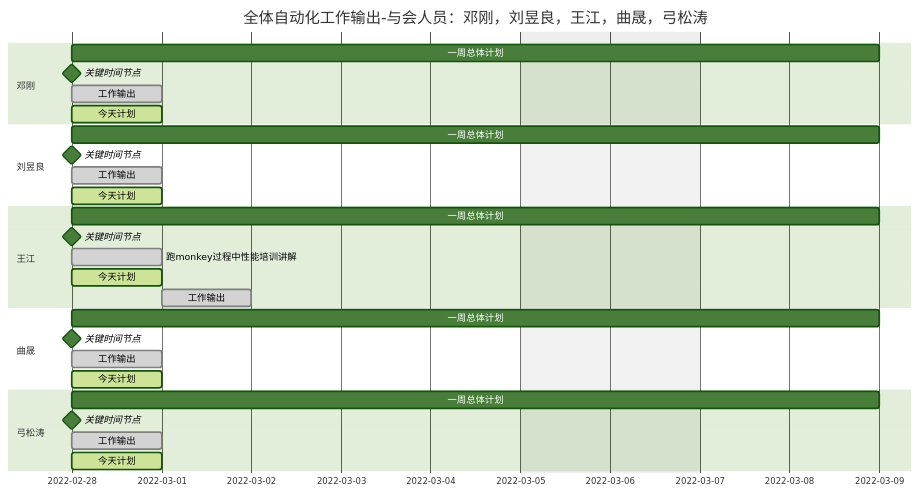
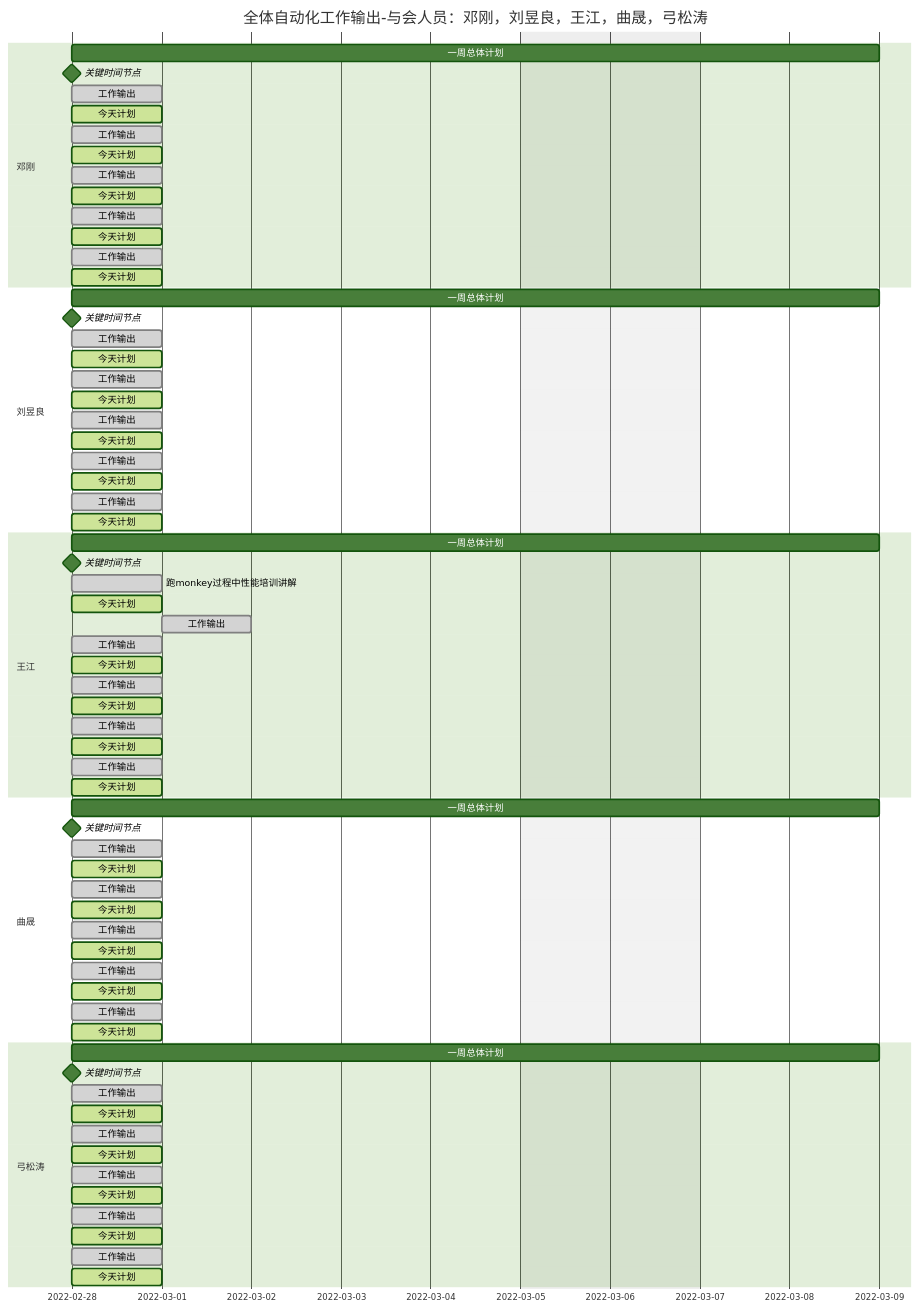
Before and after one commit to DC-Melo/README: the diagram in README.md, drawn with Mermaid (forest theme).

````diff
--- a/README.md
+++ b/README.md
@@ -74,38 +74,78 @@
 ```mermaid
 gantt
     title 全体自动化工作输出-与会人员：邓刚，刘昱良，王江，曲晟，弓松涛
     dateFormat  YYYY-MM-DD
     excludes    weekends
 
     section 邓刚
     一周总体计划               : weekplan  , 2022-02-28 , 1w
     关键时间节点               : milestone  , 2022-02-28 , 0d
     工作输出                   : done,   monf  , 2022-02-28 , 1d
     今天计划                   : active, monp  , 2022-02-28 , 1d
+    工作输出                   : done,   monf  , 2022-02-28 , 1d
+    今天计划                   : active, monp  , 2022-02-28 , 1d
+    工作输出                   : done,   monf  , 2022-02-28 , 1d
+    今天计划                   : active, monp  , 2022-02-28 , 1d
+    工作输出                   : done,   monf  , 2022-02-28 , 1d
+    今天计划                   : active, monp  , 2022-02-28 , 1d
+    工作输出                   : done,   monf  , 2022-02-28 , 1d
+    今天计划                   : active, monp  , 2022-02-28 , 1d
 
     section 刘昱良
     一周总体计划               : weekplan  , 2022-02-28 , 1w
     关键时间节点               : milestone  , 2022-02-28 , 0d
+    工作输出                   : done,   monf  , 2022-02-28 , 1d
+    今天计划                   : active, monp  , 2022-02-28 , 1d
+    工作输出                   : done,   monf  , 2022-02-28 , 1d
+    今天计划                   : active, monp  , 2022-02-28 , 1d
+    工作输出                   : done,   monf  , 2022-02-28 , 1d
+    今天计划                   : active, monp  , 2022-02-28 , 1d
+    工作输出                   : done,   monf  , 2022-02-28 , 1d
+    今天计划                   : active, monp  , 2022-02-28 , 1d
     工作输出                   : done,   monf  , 2022-02-28 , 1d
     今天计划                   : active, monp  , 2022-02-28 , 1d
 
     section 王江
     一周总体计划               : weekplan  , 2022-02-28 , 1w
     关键时间节点               : milestone  , 2022-02-28 , 0d
     跑monkey过程中性能培训讲解 : done,   monf  , 2022-02-28 , 1d
     今天计划                   : active, monp  , 2022-02-28 , 1d
     工作输出                   : done,   Tuef  , 2022-03-01 , 1d
+    工作输出                   : done,   monf  , 2022-02-28 , 1d
+    今天计划                   : active, monp  , 2022-02-28 , 1d
+    工作输出                   : done,   monf  , 2022-02-28 , 1d
+    今天计划                   : active, monp  , 2022-02-28 , 1d
+    工作输出                   : done,   monf  , 2022-02-28 , 1d
+    今天计划                   : active, monp  , 2022-02-28 , 1d
+    工作输出                   : done,   monf  , 2022-02-28 , 1d
+    今天计划                   : active, monp  , 2022-02-28 , 1d
 
     section 曲晟
     一周总体计划               : weekplan  , 2022-02-28 , 1w
     关键时间节点               : milestone  , 2022-02-28 , 0d
+    工作输出                   : done,   monf  , 2022-02-28 , 1d
+    今天计划                   : active, monp  , 2022-02-28 , 1d
+    工作输出                   : done,   monf  , 2022-02-28 , 1d
+    今天计划                   : active, monp  , 2022-02-28 , 1d
+    工作输出                   : done,   monf  , 2022-02-28 , 1d
+    今天计划                   : active, monp  , 2022-02-28 , 1d
+    工作输出                   : done,   monf  , 2022-02-28 , 1d
+    今天计划                   : active, monp  , 2022-02-28 , 1d
     工作输出                   : done,   monf  , 2022-02-28 , 1d
     今天计划                   : active, monp  , 2022-02-28 , 1d
 
     section 弓松涛
     一周总体计划               : weekplan  , 2022-02-28 , 1w
     关键时间节点               : milestone  , 2022-02-28 , 0d
     工作输出                   : done,   monf  , 2022-02-28 , 1d
     今天计划                   : active, monp  , 2022-02-28 , 1d
+    工作输出                   : done,   monf  , 2022-02-28 , 1d
+    今天计划                   : active, monp  , 2022-02-28 , 1d
+    工作输出                   : done,   monf  , 2022-02-28 , 1d
+    今天计划                   : active, monp  , 2022-02-28 , 1d
+    工作输出                   : done,   monf  , 2022-02-28 , 1d
+    今天计划                   : active, monp  , 2022-02-28 , 1d
+    工作输出                   : done,   monf  , 2022-02-28 , 1d
+    今天计划                   : active, monp  , 2022-02-28 , 1d
 
 ```
````
